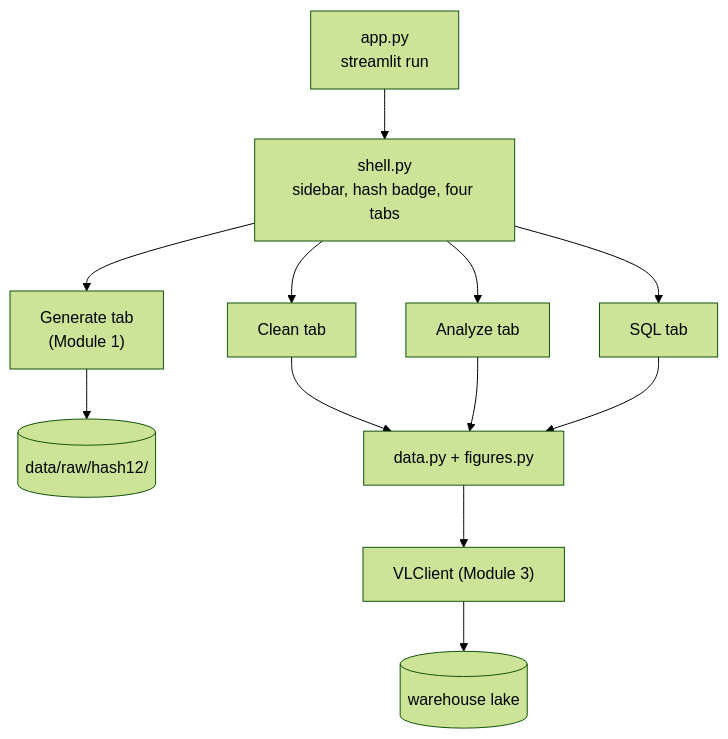
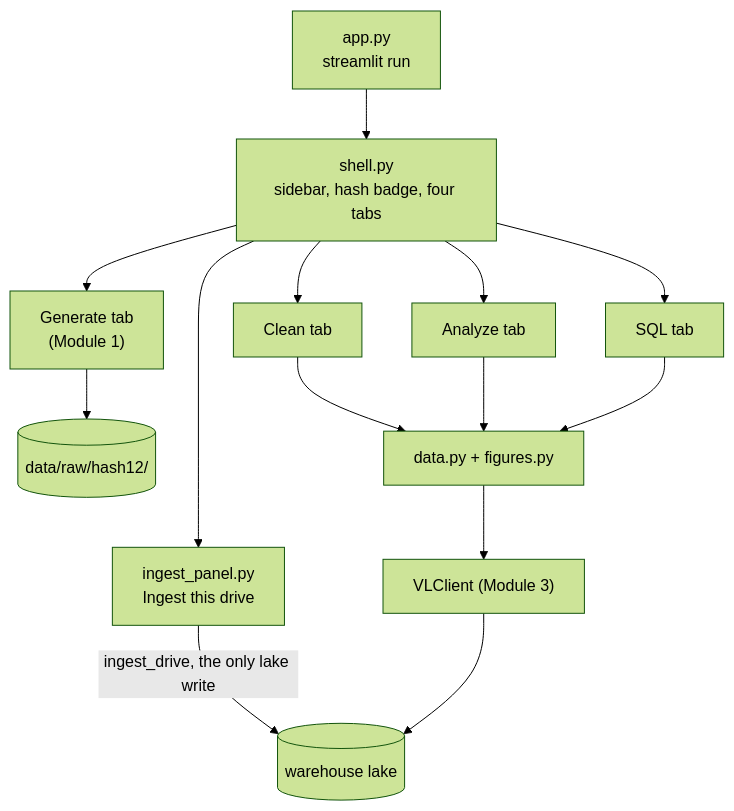
Before and after one commit to shirap2/vl-data-product: the fifth of 5 diagrams in docs/ENGINEERING_REPORT.md, drawn with Mermaid (forest theme). The commit also changed other lines of this file and 1 other file, not shown here.

First line of the commit message:
docs: report shows the Module 4 ingest panel

````diff
--- a/docs/ENGINEERING_REPORT.md
+++ b/docs/ENGINEERING_REPORT.md
@@ -462,14 +463,16 @@
 ```mermaid
 flowchart TB
   APP["app.py<br/>streamlit run"] --> SHELL["shell.py<br/>sidebar, hash badge, four tabs"]
   SHELL --> GEN["Generate tab<br/>(Module 1)"]
   SHELL --> CLEAN["Clean tab"]
   SHELL --> ANA["Analyze tab"]
   SHELL --> SQL["SQL tab"]
+  SHELL --> ING["ingest_panel.py<br/>Ingest this drive"]
+  ING -->|ingest_drive, the only lake write| LAKE
   GEN --> RAW[("data/raw/hash12/")]
   CLEAN --> DATA["data.py + figures.py"]
   ANA --> DATA
   SQL --> DATA
   DATA --> CLIENT["VLClient (Module 3)"]
   CLIENT --> LAKE[("warehouse lake")]
 ```
````
